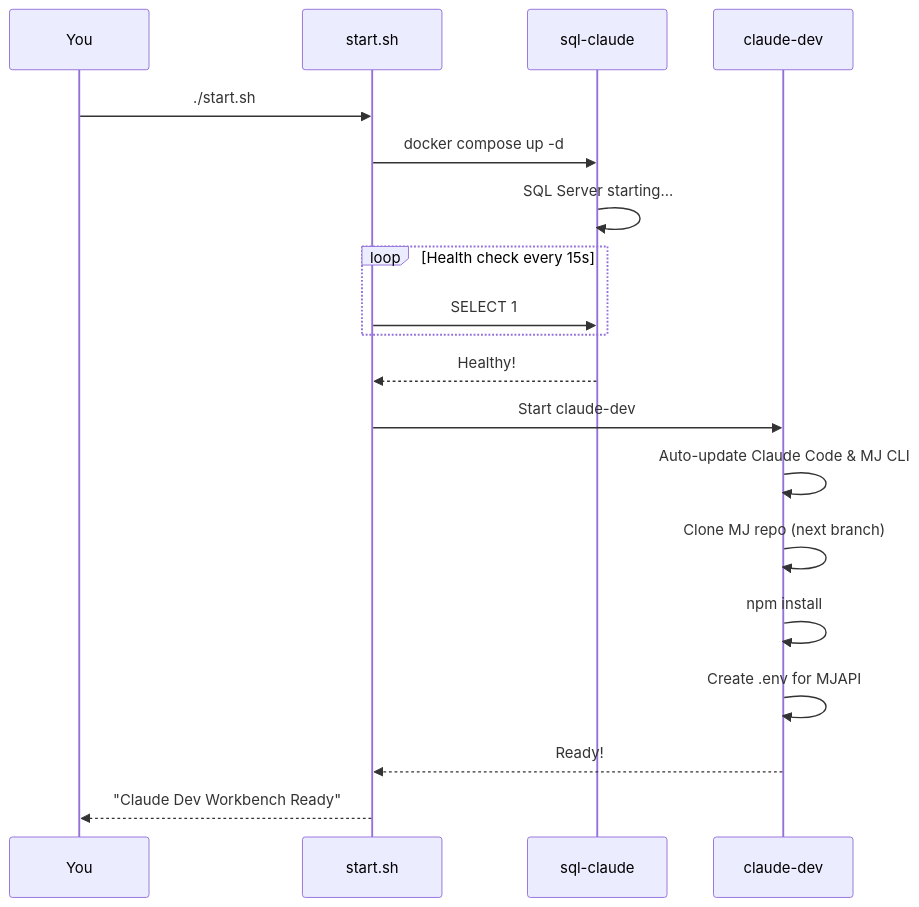
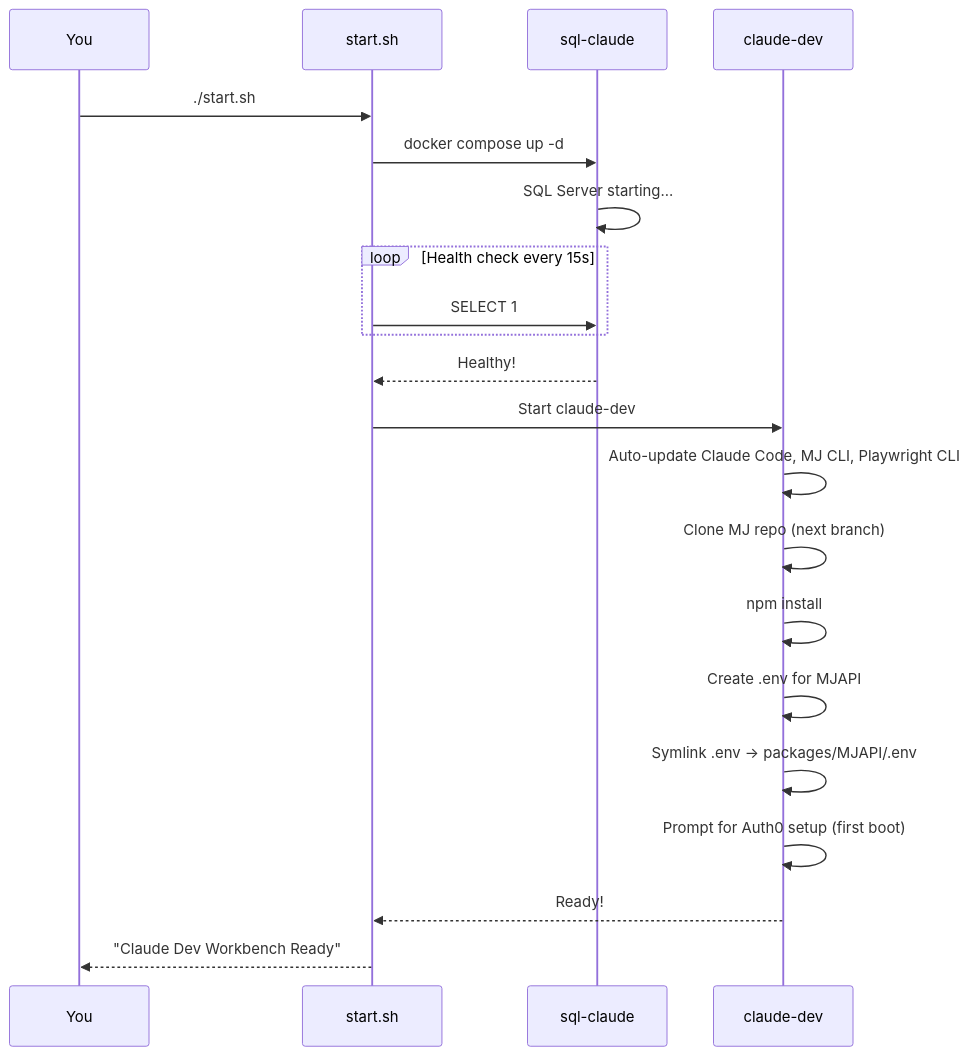
One commit to MemberJunction/MJ changed the second of 7 diagrams in docker/workbench/README.md. Above: the diagram before and after it, drawn with Mermaid. The commit also changed other lines of this file and 9 other files, not shown here.

````diff
--- a/docker/workbench/README.md
+++ b/docker/workbench/README.md
@@ -81,22 +81,24 @@
 ```mermaid
 sequenceDiagram
     participant You
     participant Script as start.sh
     participant SQL as sql-claude
     participant Dev as claude-dev
 
     You->>Script: ./start.sh
     Script->>SQL: docker compose up -d
     SQL->>SQL: SQL Server starting...
     loop Health check every 15s
         Script->>SQL: SELECT 1
     end
     SQL-->>Script: Healthy!
     Script->>Dev: Start claude-dev
-    Dev->>Dev: Auto-update Claude Code & MJ CLI
+    Dev->>Dev: Auto-update Claude Code, MJ CLI, Playwright CLI
     Dev->>Dev: Clone MJ repo (next branch)
     Dev->>Dev: npm install
     Dev->>Dev: Create .env for MJAPI
+    Dev->>Dev: Symlink .env → packages/MJAPI/.env
+    Dev->>Dev: Prompt for Auth0 setup (first boot)
     Dev-->>Script: Ready!
     Script-->>You: "Claude Dev Workbench Ready"
 ```
````
